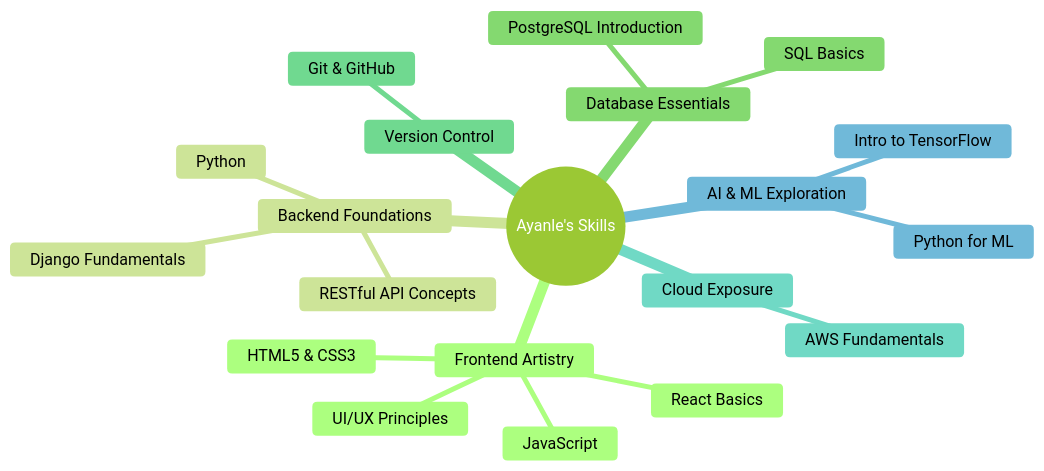
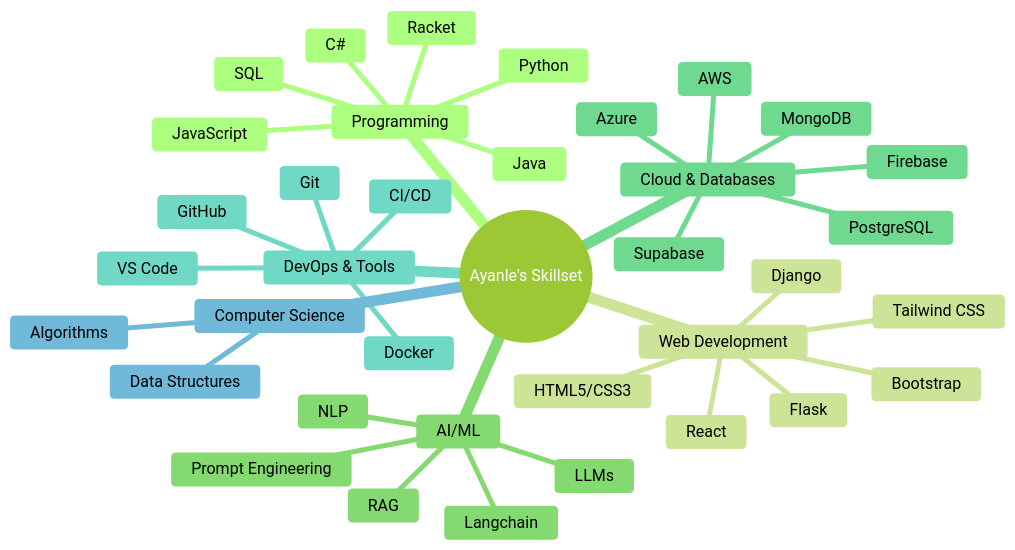
One commit to Ayanleaideed/Ayanleaideed changed the diagram in README.md. Above: the diagram before and after it, drawn with Mermaid (forest theme). The commit also changed other lines of this file, not shown here.

````diff
--- a/README.md
+++ b/README.md
@@ -28,23 +36,40 @@
 ```mermaid
 mindmap
-  root((Ayanle's Skills))
-    Frontend Artistry
-      HTML5 & CSS3
+  root((Ayanle's Skillset))
+    Programming
+      Python
+      Java
       JavaScript
-      React Basics
-      UI/UX Principles
-    Backend Foundations
-      Python
-      Django Fundamentals
-      RESTful API Concepts
-    Database Essentials
-      SQL Basics
-      PostgreSQL Introduction
-    Version Control
-      Git & GitHub
-    Cloud Exposure
-      AWS Fundamentals
-    AI & ML Exploration
-      Python for ML
-      Intro to TensorFlow
+      C#
+      SQL
+      Racket
+    Web Development
+      Django
+      React
+      HTML5/CSS3
+      Bootstrap
+      Flask
+      Tailwind CSS
+    AI/ML
+      LLMs
+      RAG
+      NLP
+      Prompt Engineering
+      Langchain
+    Cloud & Databases
+      AWS
+      Azure
+      PostgreSQL
+      Firebase
+      Supabase
+      MongoDB
+    DevOps & Tools
+      Git
+      GitHub
+      VS Code
+      Docker
+      CI/CD
+    Computer Science
+      Data Structures
+      Algorithms
 ```
````
